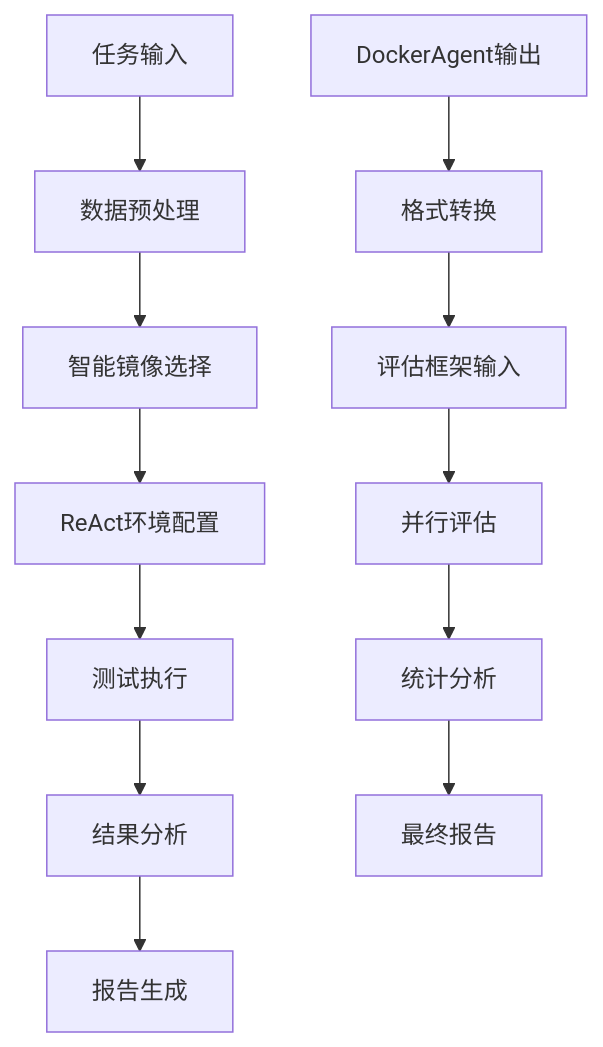
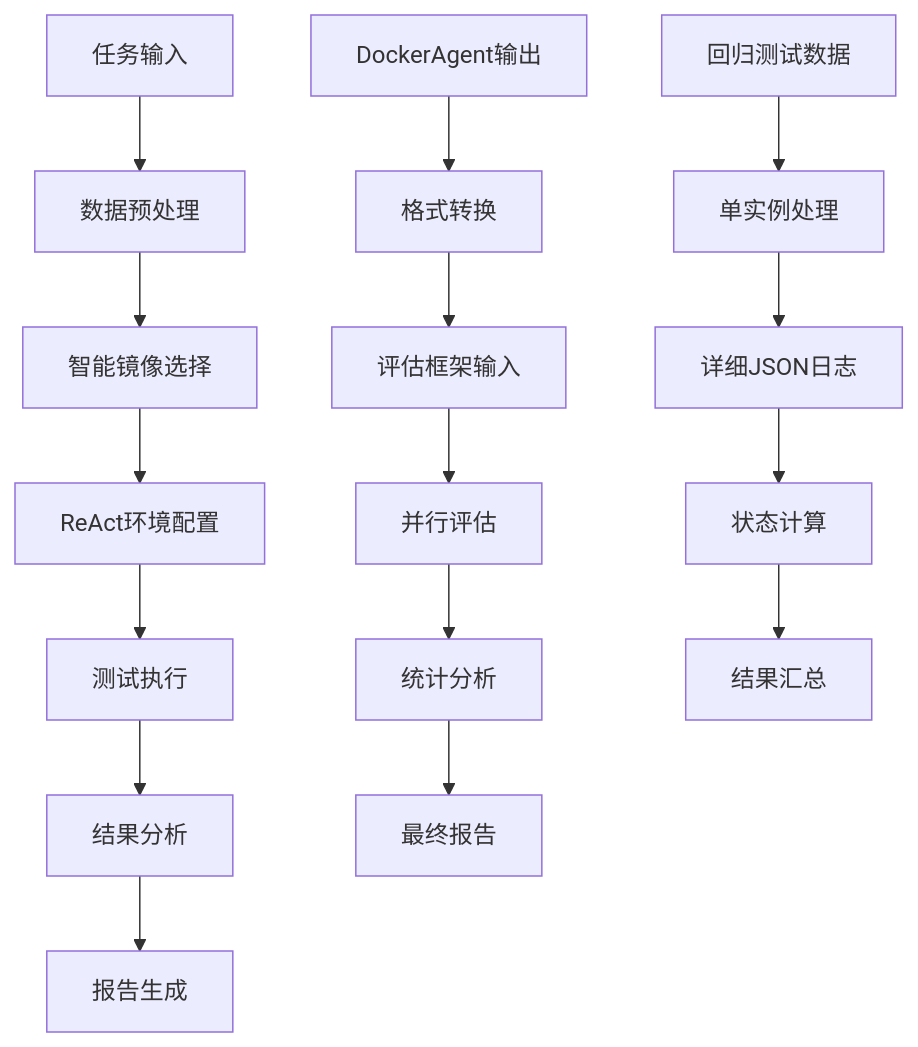
The fifth of 13 diagrams in .qoder/repowiki/zh/content/核心组件/多Docker评估系统/增强评估框架.md (Jayint/Jayint-repo), drawn with Mermaid before and after one commit. The commit also changed other lines of this file and 497 other files, not shown here.

````diff
--- a/.qoder/repowiki/zh/content/核心组件/多Docker评估系统/增强评估框架.md
+++ b/.qoder/repowiki/zh/content/核心组件/多Docker评估系统/增强评估框架.md
@@ -208,14 +234,18 @@
 ```mermaid
 flowchart TD
 A[任务输入] --> B[数据预处理]
 B --> C[智能镜像选择]
 C --> D[ReAct环境配置]
 D --> E[测试执行]
 E --> F[结果分析]
 F --> G[报告生成]
 H[DockerAgent输出] --> I[格式转换]
 I --> J[评估框架输入]
 J --> K[并行评估]
 K --> L[统计分析]
 L --> M[最终报告]
+N[回归测试数据] --> O[单实例处理]
+O --> P[详细JSON日志]
+P --> Q[状态计算]
+Q --> R[结果汇总]
 ```
````
